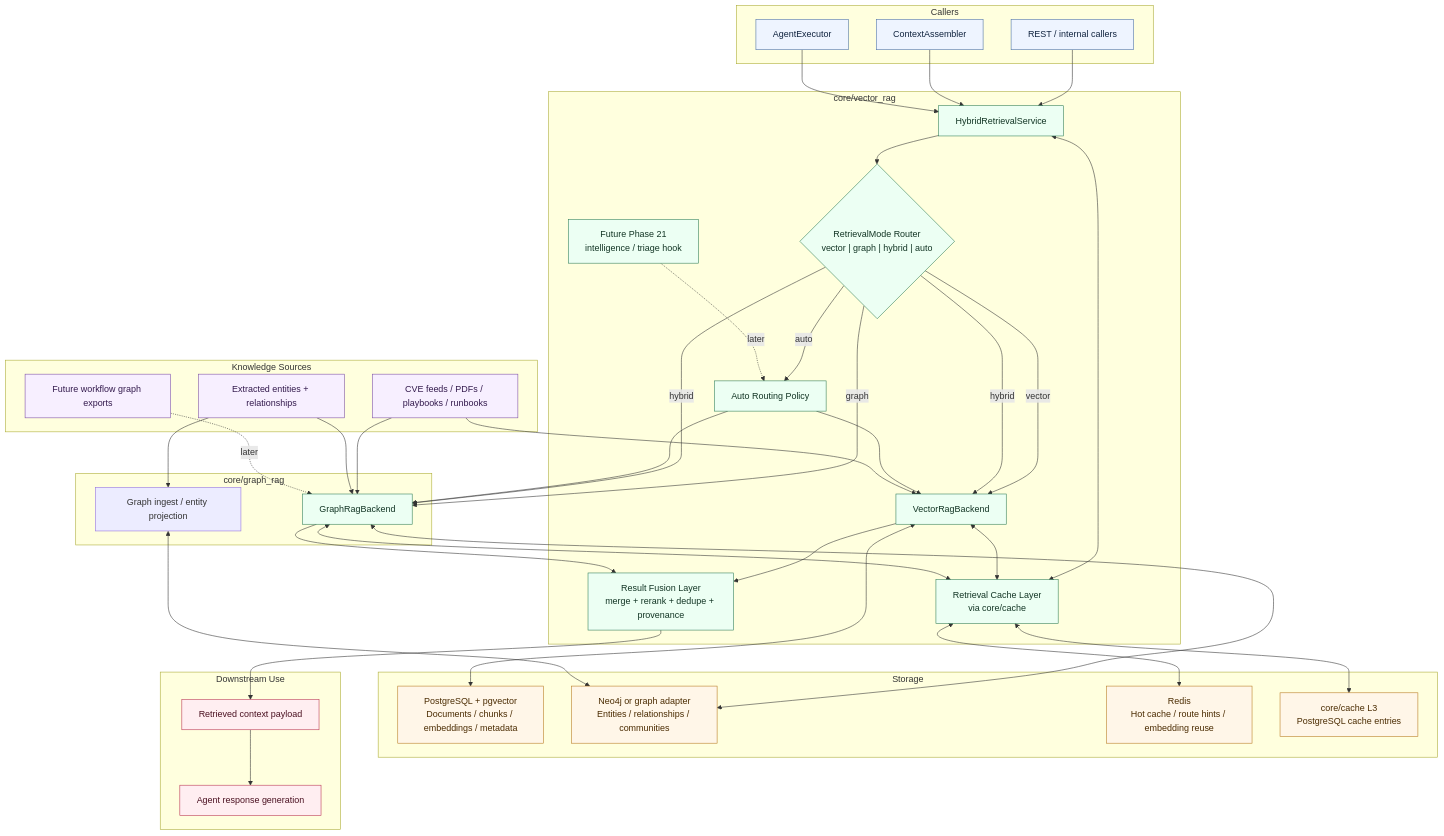
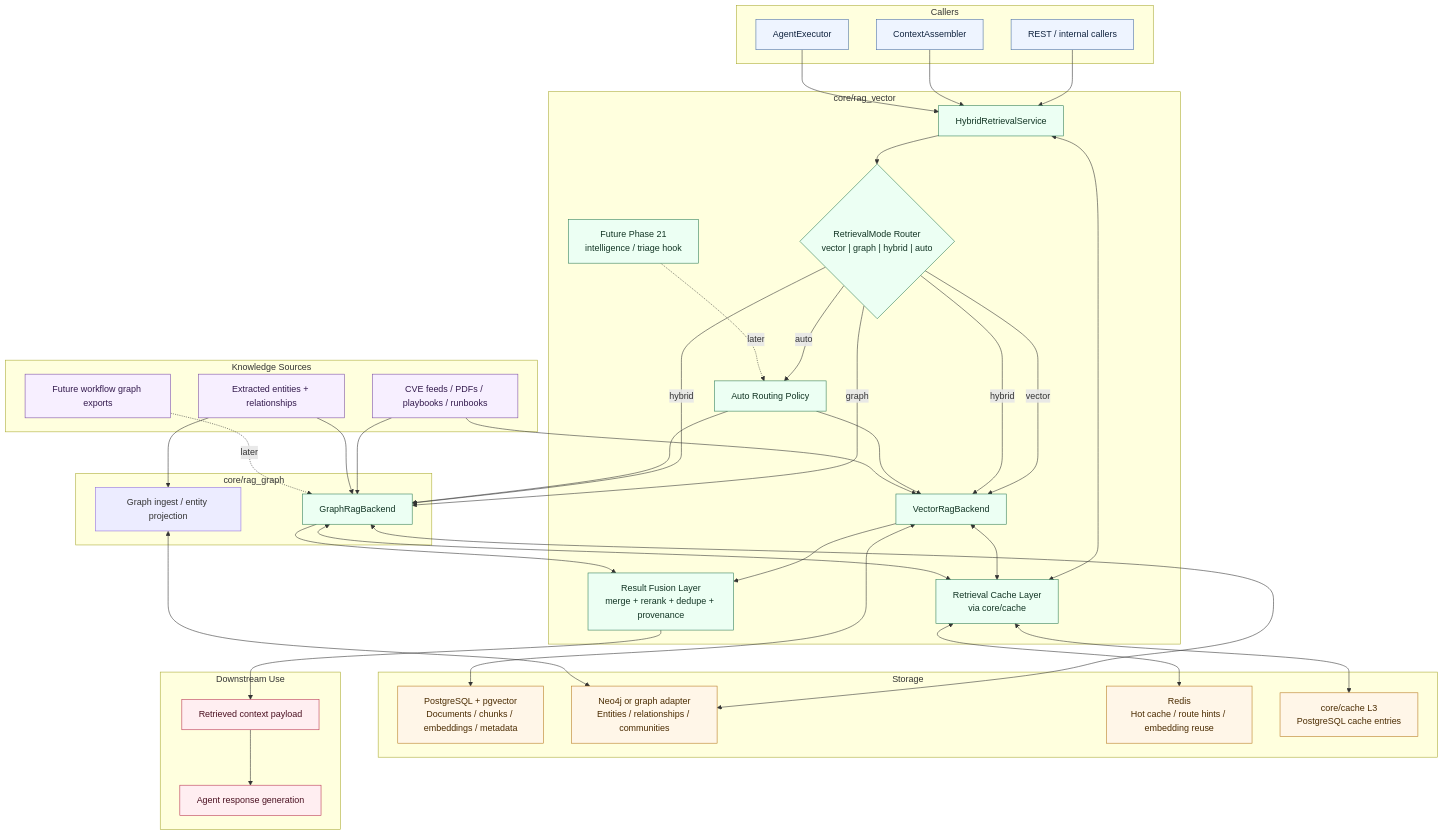
The diagram in .plan/architecture/rag-knowledgebase.md (DCx7C5/cybersecsuite), drawn with Mermaid before and after one commit. The commit also changed other lines of this file and 58 other files, not shown here.

```diff
--- a/.plan/architecture/rag-knowledgebase.md
+++ b/.plan/architecture/rag-knowledgebase.md
@@ -34,7 +34,7 @@
         Agent["AgentExecutor"]
     end
 
-    subgraph VectorCore["core/vector_rag"]
+    subgraph VectorCore["core/rag_vector"]
         HRS["HybridRetrievalService"]
         Router{"RetrievalMode Router\nvector | graph | hybrid | auto"}
         Policy["Auto Routing Policy"]
@@ -44,7 +44,7 @@
         Fusion["Result Fusion Layer\nmerge + rerank + dedupe + provenance"]
     end
 
-    subgraph GraphCore["core/graph_rag"]
+    subgraph GraphCore["core/rag_graph"]
         Graph["GraphRagBackend"]
         GraphIngest["Graph ingest / entity projection"]
     end
```
